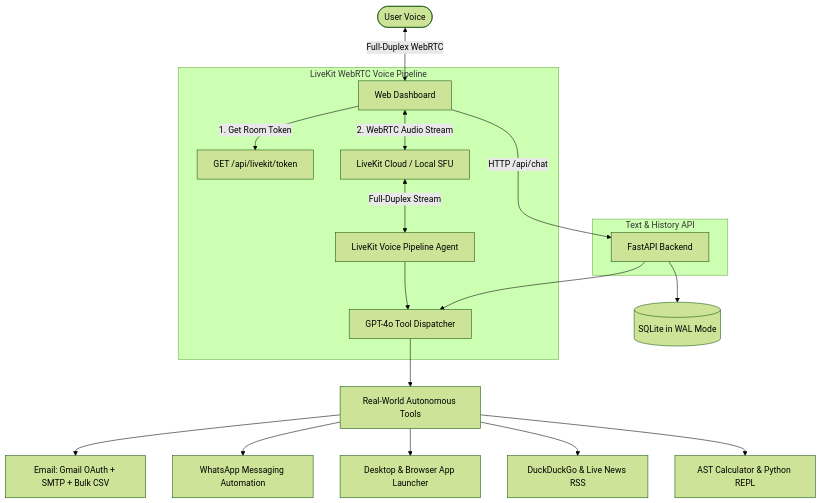
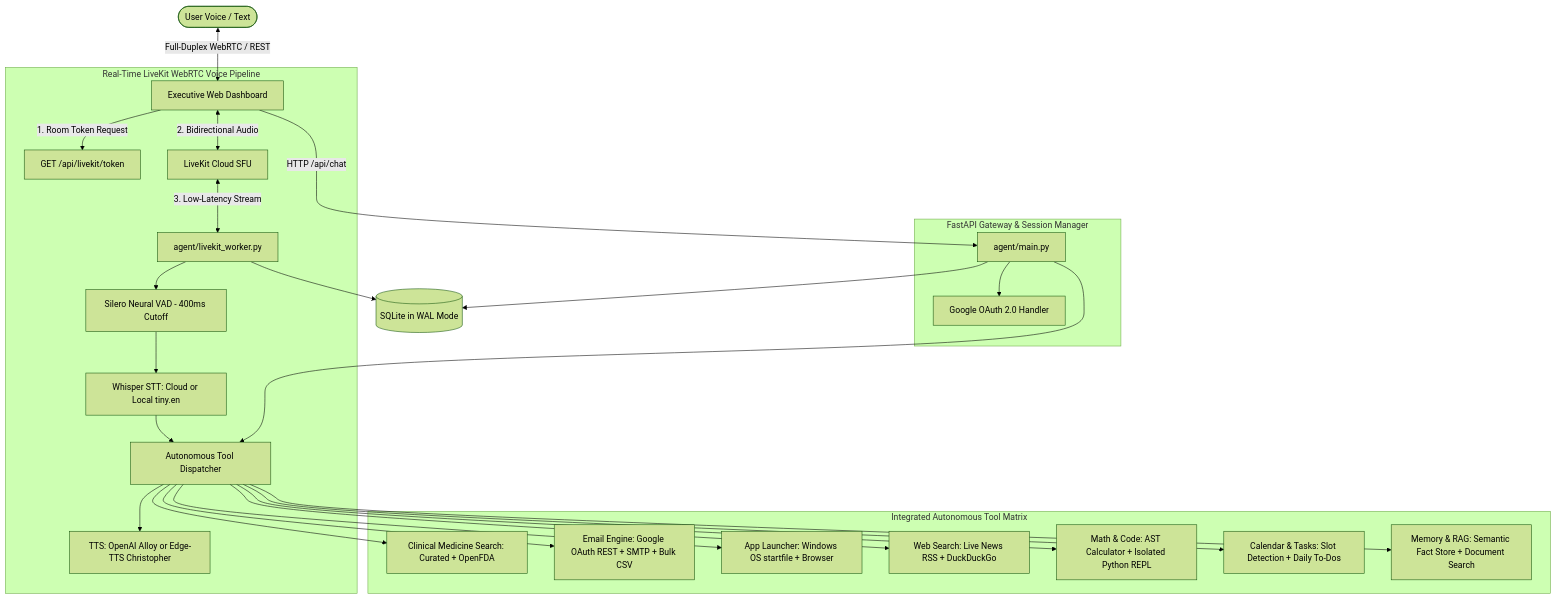
One commit to keshav045/voice-assistant changed the diagram in README.md. Above: the diagram before and after it, drawn with Mermaid (forest theme). The commit also changed other lines of this file, not shown here.

````diff
--- a/README.md
+++ b/README.md
@@ -72,25 +32,33 @@
 ```mermaid
 flowchart TD
-    User([User Voice]) <-->|Full-Duplex WebRTC| WebUI[Web Dashboard]
+    User([User Voice / Text]) <-->|Full-Duplex WebRTC / REST| WebUI[Executive Web Dashboard]
     
-    subgraph LiveKit WebRTC Voice Pipeline
-        WebUI -->|1. Get Room Token| TokenRoute[GET /api/livekit/token]
-        WebUI <-->|2. WebRTC Audio Stream| LiveKitSFU[LiveKit Cloud / Local SFU]
-        LiveKitSFU <-->|Full-Duplex Stream| LiveKitWorker[LiveKit Voice Pipeline Agent]
-        LiveKitWorker --> Agent[GPT-4o Tool Dispatcher]
+    subgraph VoiceEngine["Real-Time LiveKit WebRTC Voice Pipeline"]
+        WebUI -->|1. Room Token Request| TokenEndpoint[GET /api/livekit/token]
+        WebUI <-->|2. Bidirectional Audio| LiveKitCloud[LiveKit Cloud SFU]
+        LiveKitCloud <-->|3. Low-Latency Stream| LiveKitWorker[agent/livekit_worker.py]
+        LiveKitWorker --> VAD[Silero Neural VAD - 400ms Cutoff]
+        VAD --> STT[Whisper STT: Cloud or Local tiny.en]
+        STT --> Dispatcher[Autonomous Tool Dispatcher]
+        Dispatcher --> TTS[TTS: OpenAI Alloy or Edge-TTS Christopher]
     end
 
-    subgraph Text & History API
-        WebUI -->|HTTP /api/chat| FastAPI[FastAPI Backend]
-        FastAPI --> Agent
+    subgraph CoreBackend["FastAPI Gateway & Session Manager"]
+        WebUI -->|HTTP /api/chat| FastAPIServer[agent/main.py]
+        FastAPIServer --> Dispatcher
+        FastAPIServer --> OAuth[Google OAuth 2.0 Handler]
     end
 
-    Agent --> Tools[Real-World Autonomous Tools]
-    Tools --> Tool1[Email: Gmail OAuth + SMTP + Bulk CSV]
-    Tools --> Tool2[WhatsApp Messaging Automation]
-    Tools --> Tool3[Desktop & Browser App Launcher]
-    Tools --> Tool4[DuckDuckGo & Live News RSS]
-    Tools --> Tool5[AST Calculator & Python REPL]
-    
-    FastAPI --> DB[(SQLite in WAL Mode)]
+    subgraph ToolSuite["Integrated Autonomous Tool Matrix"]
+        Dispatcher --> T1[Clinical Medicine Search: Curated + OpenFDA]
+        Dispatcher --> T2[Email Engine: Google OAuth REST + SMTP + Bulk CSV]
+        Dispatcher --> T3[App Launcher: Windows OS startfile + Browser]
+        Dispatcher --> T4[Web Search: Live News RSS + DuckDuckGo]
+        Dispatcher --> T5[Math & Code: AST Calculator + Isolated Python REPL]
+        Dispatcher --> T6[Calendar & Tasks: Slot Detection + Daily To-Dos]
+        Dispatcher --> T7[Memory & RAG: Semantic Fact Store + Document Search]
+    end
+
+    FastAPIServer --> SQLite[(SQLite in WAL Mode)]
+    LiveKitWorker --> SQLite
 ```
````
